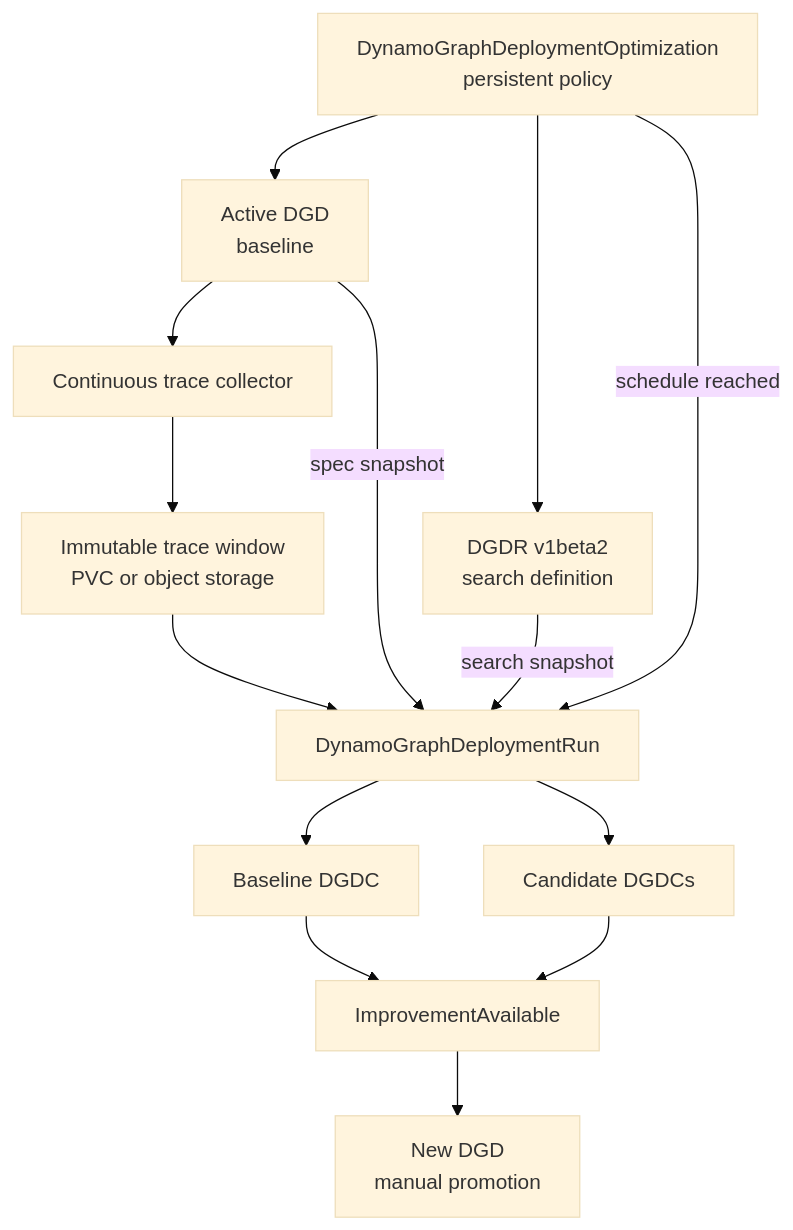
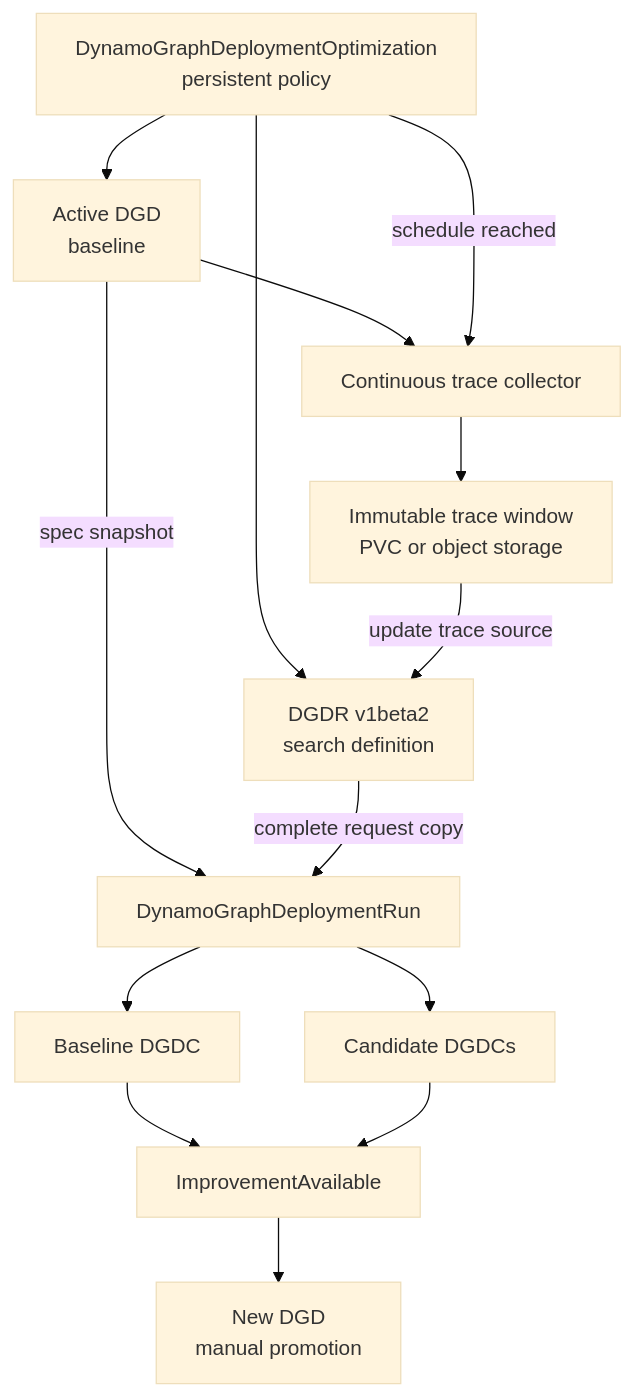
One commit to ai-dynamo/dynamo changed the diagram in docs/fern/pages/kubernetes/auto-deployment/continuous-profiling.md. Above: the diagram before and after it, drawn with Mermaid (base theme). The commit also changed other lines of this file and 1 other file, not shown here.

````diff
--- a/docs/fern/pages/kubernetes/auto-deployment/continuous-profiling.md
+++ b/docs/fern/pages/kubernetes/auto-deployment/continuous-profiling.md
@@ -25,27 +26,27 @@
 ```mermaid
 flowchart TD
     O["DynamoGraphDeploymentOptimization<br/>persistent policy"]
     D["Active DGD<br/>baseline"]
     Q["DGDR v1beta2<br/>search definition"]
     T["Continuous trace collector"]
     A["Immutable trace window<br/>PVC or object storage"]
     R["DynamoGraphDeploymentRun"]
     B["Baseline DGDC"]
     C["Candidate DGDCs"]
     I["ImprovementAvailable"]
     N["New DGD<br/>manual promotion"]
 
     O --> D
     O --> Q
     D --> T
     T --> A
-    O -->|"schedule reached"| R
+    O -->|"schedule reached"| T
+    A -->|"update trace source"| Q
     D -->|"spec snapshot"| R
-    Q -->|"search snapshot"| R
-    A --> R
+    Q -->|"complete request copy"| R
     R --> B
     R --> C
     B --> I
     C --> I
     I --> N
 ```
````
